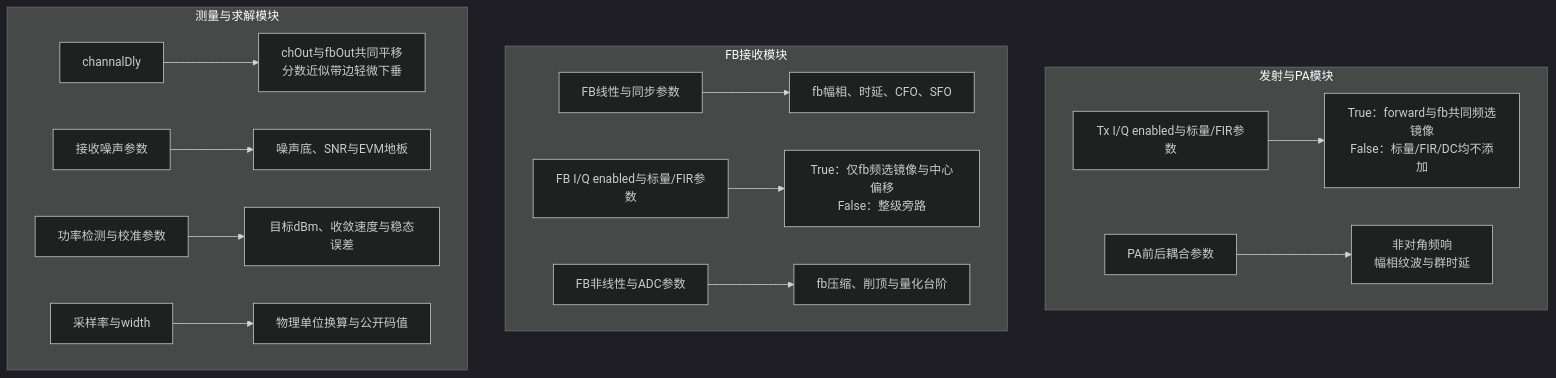
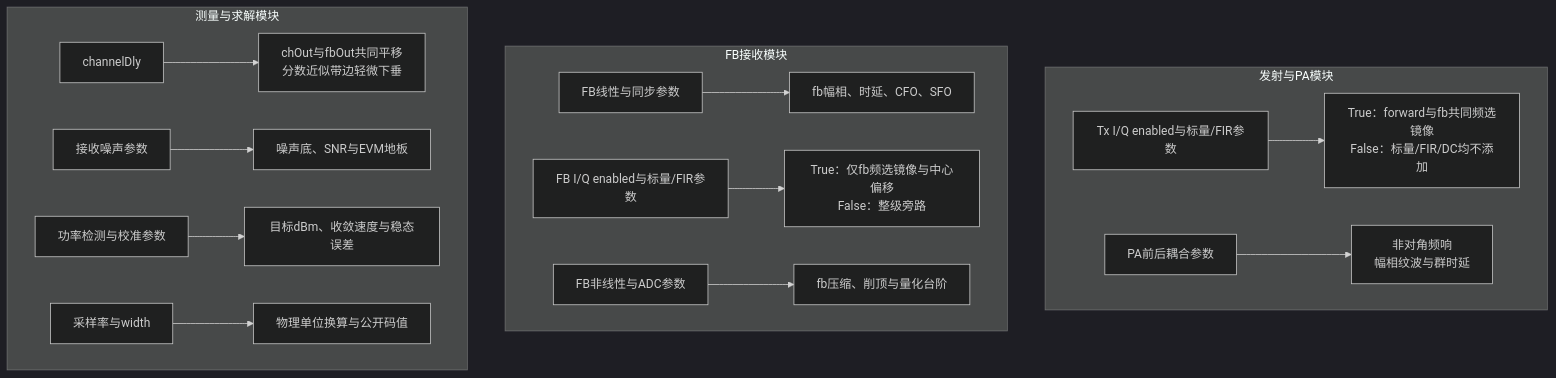
Before and after one commit to niyilu45/DPD_ILC: the sixth of 9 diagrams in doc/Channel.md, drawn with Mermaid (dark theme). The commit also changed other lines of this file and 4 other files, not shown here.

Commit message:
Rename Channel delay parameter

````diff
--- a/doc/Channel.md
+++ b/doc/Channel.md
@@ -1298,18 +1298,18 @@
 ```mermaid
 flowchart TB
     subgraph transmitter["发射与PA模块"]
         txIq["Tx I/Q enabled与标量/FIR参数"] --> txObs["True：forward与fb共同频选镜像<br/>False：标量/FIR/DC均不添加"]
         coupling["PA前后耦合参数"] --> couplingObs["非对角频响<br/>幅相纹波与群时延"]
     end
     subgraph feedback["FB接收模块"]
         fbSync["FB线性与同步参数"] --> syncObs["fb幅相、时延、CFO、SFO"]
         fbIq["FB I/Q enabled与标量/FIR参数"] --> fbIqObs["True：仅fb频选镜像与中心偏移<br/>False：整级旁路"]
         fbNonlinear["FB非线性与ADC参数"] --> fbNonlinearObs["fb压缩、削顶与量化台阶"]
     end
     subgraph measurement["测量与求解模块"]
-        commonDelay["channalDly"] --> delayObs["chOut与fbOut共同平移<br/>分数近似带边轻微下垂"]
+        commonDelay["channelDly"] --> delayObs["chOut与fbOut共同平移<br/>分数近似带边轻微下垂"]
         noise["接收噪声参数"] --> noiseObs["噪声底、SNR与EVM地板"]
         calibration["功率检测与校准参数"] --> calibrationObs["目标dBm、收敛速度与稳态误差"]
         interface["采样率与width"] --> interfaceObs["物理单位换算与公开码值"]
     end
 ```
````
